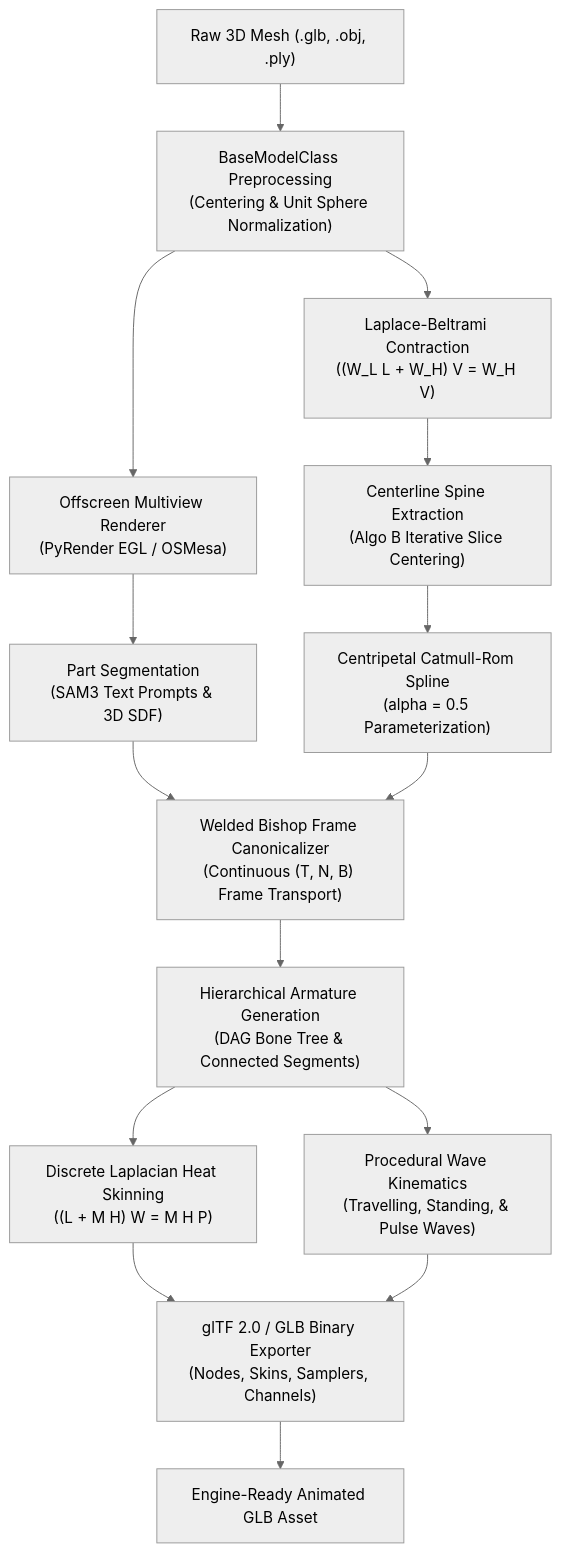
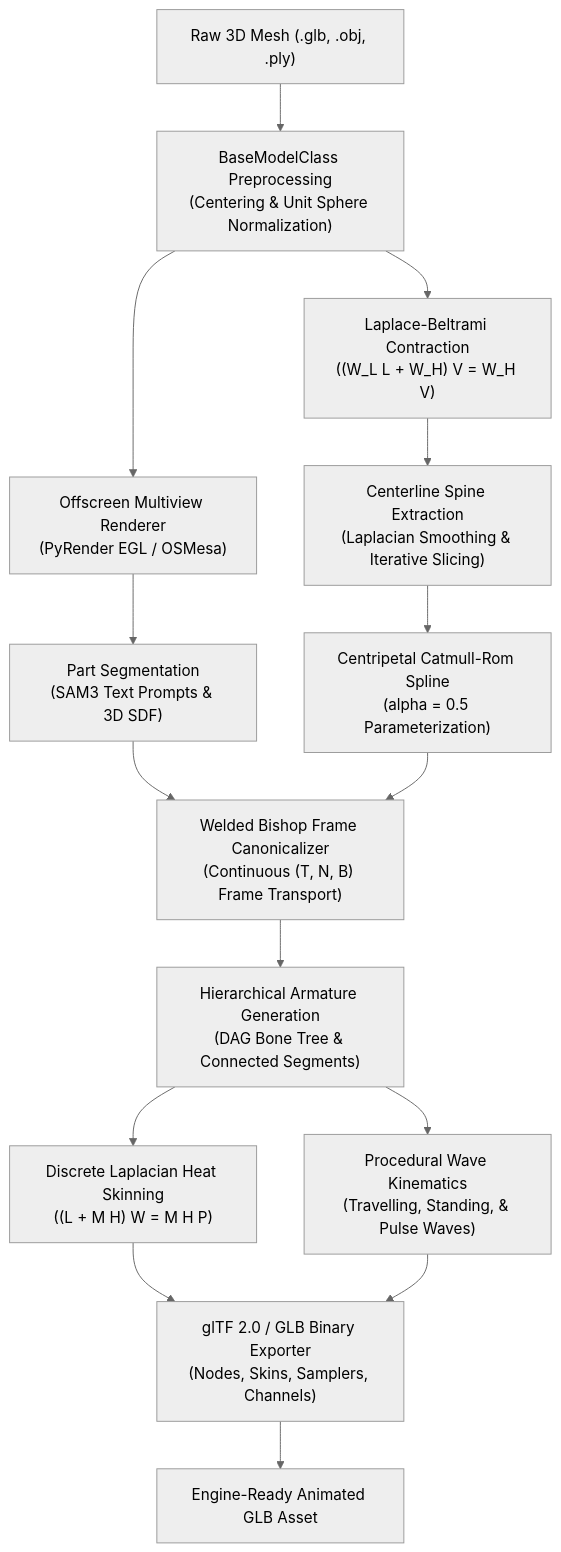
The diagram in docs/reports/report-gsoc-2026.md (Catrobat/mArIne3D), drawn with Mermaid (neutral theme) before and after one commit. The commit also changed other lines of this file and 3 other files, not shown here.

````diff
--- a/docs/reports/report-gsoc-2026.md
+++ b/docs/reports/report-gsoc-2026.md
@@ -88,19 +88,19 @@
 ```mermaid
 flowchart TD
     A["Raw 3D Mesh (.glb, .obj, .ply)"] --> B["BaseModelClass Preprocessing\n(Centering & Unit Sphere Normalization)"]
     B --> C["Offscreen Multiview Renderer\n(PyRender EGL / OSMesa)"]
     C --> D["Part Segmentation\n(SAM3 Text Prompts & 3D SDF)"]
     
     B --> E["Laplace-Beltrami Contraction\n((W_L L + W_H) V = W_H V)"]
-    E --> F["Centerline Spine Extraction\n(Algo B Iterative Slice Centering)"]
+    E --> F["Centerline Spine Extraction\n(Laplacian Smoothing & Iterative Slicing)"]
     F --> G["Centripetal Catmull-Rom Spline\n(alpha = 0.5 Parameterization)"]
     
     D & G --> H["Welded Bishop Frame Canonicalizer\n(Continuous (T, N, B) Frame Transport)"]
     H --> I["Hierarchical Armature Generation\n(DAG Bone Tree & Connected Segments)"]
     
     I --> J["Discrete Laplacian Heat Skinning\n((L + M H) W = M H P)"]
     I --> K["Procedural Wave Kinematics\n(Travelling, Standing, & Pulse Waves)"]
     
     J & K --> L["glTF 2.0 / GLB Binary Exporter\n(Nodes, Skins, Samplers, Channels)"]
     L --> M["Engine-Ready Animated GLB Asset"]
 ```
````
